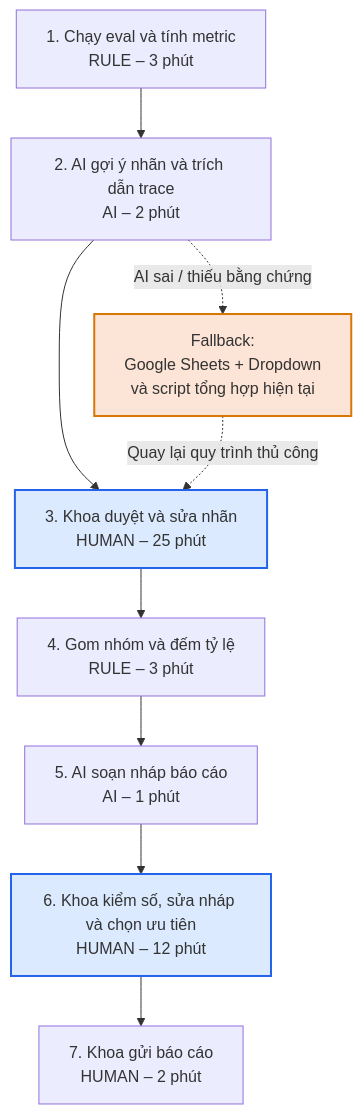
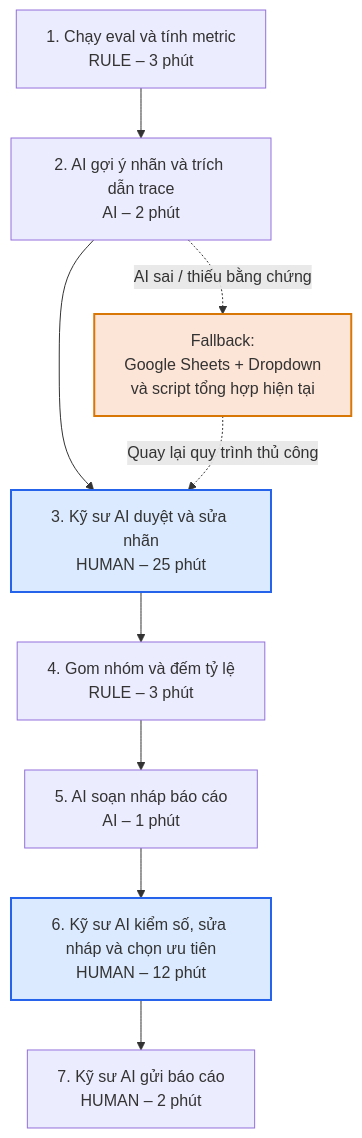
Before and after one commit to hgmdz1210/K5-L3B-DAY02-NhomABCD-DiscoveryProblemFraming: the second of 2 diagrams in report/team/group_report.md, drawn with Mermaid. The commit also changed other lines of this file, not shown here.

Commit message:
Sua loi dinh dang group_report va thay Khoa thanh Ky su AI

````diff
--- a/report/team/group_report.md
+++ b/report/team/group_report.md
@@ -190,20 +187,20 @@
 ```mermaid
 flowchart TD
     A["1. Chạy eval và tính metric<br/>RULE – 3 phút"]
     B["2. AI gợi ý nhãn và trích dẫn trace<br/>AI – 2 phút"]
-    C["3. Khoa duyệt và sửa nhãn<br/>HUMAN – 25 phút"]
+    C["3. Kỹ sư AI duyệt và sửa nhãn<br/>HUMAN – 25 phút"]
     D["4. Gom nhóm và đếm tỷ lệ<br/>RULE – 3 phút"]
     E["5. AI soạn nháp báo cáo<br/>AI – 1 phút"]
-    F["6. Khoa kiểm số, sửa nháp và chọn ưu tiên<br/>HUMAN – 12 phút"]
-    G["7. Khoa gửi báo cáo<br/>HUMAN – 2 phút"]
+    F["6. Kỹ sư AI kiểm số, sửa nháp và chọn ưu tiên<br/>HUMAN – 12 phút"]
+    G["7. Kỹ sư AI gửi báo cáo<br/>HUMAN – 2 phút"]
 
     A --> B --> C --> D --> E --> F --> G
 
     H["Fallback:<br/>Google Sheets + Dropdown<br/>và script tổng hợp hiện tại"]
     B -. "AI sai / thiếu bằng chứng" .-> H
     H -. "Quay lại quy trình thủ công" .-> C
 
     style C fill:#DBEAFE,stroke:#2563EB,stroke-width:2px
     style F fill:#DBEAFE,stroke:#2563EB,stroke-width:2px
     style H fill:#FCE4D6,stroke:#D97706,stroke-width:2px
 ```
````
